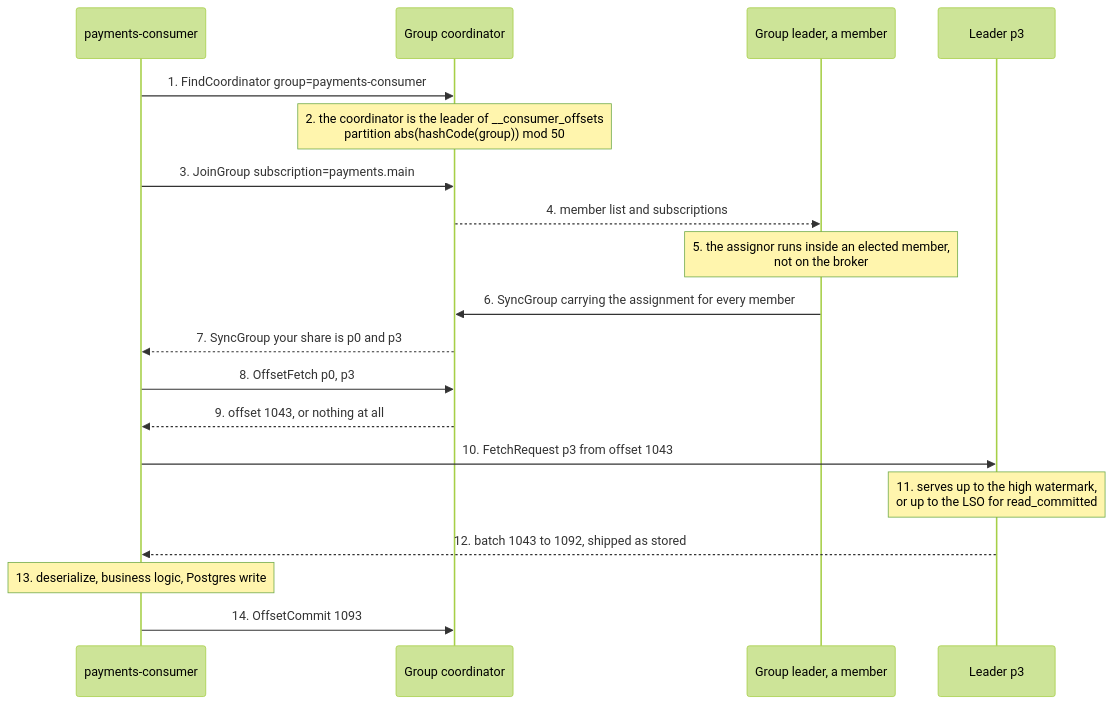
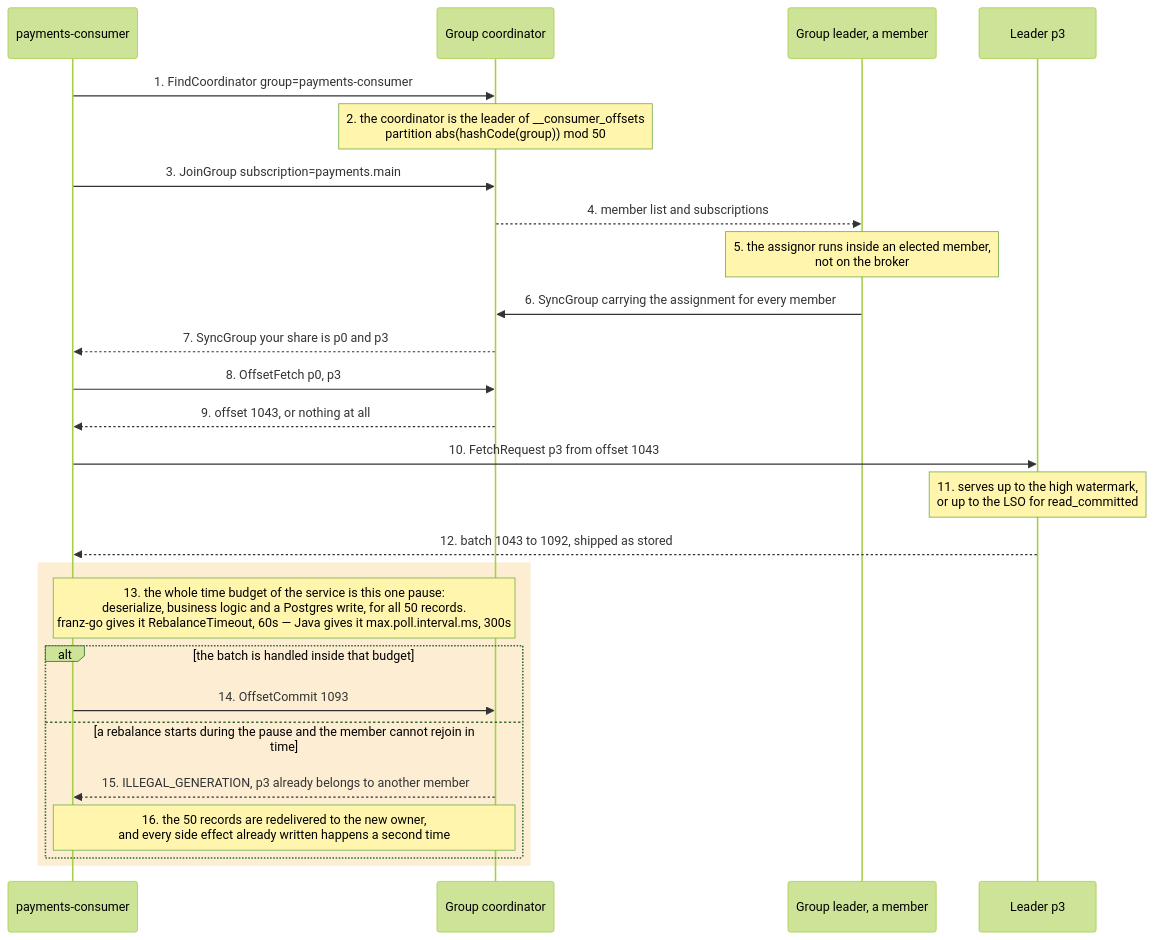
One commit to DmytroLysenko1/Kafka-lab changed the diagram in docs/static/03-read-path.md. Above: the diagram before and after it, drawn with Mermaid (forest theme). The commit also changed other lines of this file and 10 other files, not shown here.

Commit message:
drew the boundary in every diagram instead of captioning it

````diff
--- a/docs/static/03-read-path.md
+++ b/docs/static/03-read-path.md
@@ -8,26 +8,34 @@
 ```mermaid
 sequenceDiagram
     participant C as payments-consumer
     participant CO as Group coordinator
     participant GL as Group leader, a member
     participant L as Leader p3
 
     C->>CO: 1. FindCoordinator group=payments-consumer
     Note over CO: 2. the coordinator is the leader of __consumer_offsets<br/>partition abs(hashCode(group)) mod 50
 
     C->>CO: 3. JoinGroup subscription=payments.main
     CO-->>GL: 4. member list and subscriptions
     Note over GL: 5. the assignor runs inside an elected member,<br/>not on the broker
     GL->>CO: 6. SyncGroup carrying the assignment for every member
     CO-->>C: 7. SyncGroup your share is p0 and p3
 
     C->>CO: 8. OffsetFetch p0, p3
     CO-->>C: 9. offset 1043, or nothing at all
 
     C->>L: 10. FetchRequest p3 from offset 1043
     Note over L: 11. serves up to the high watermark,<br/>or up to the LSO for read_committed
     L-->>C: 12. batch 1043 to 1092, shipped as stored
 
-    Note over C: 13. deserialize, business logic, Postgres write
-    C->>CO: 14. OffsetCommit 1093
+    rect rgba(245, 158, 11, 0.18)
+        Note over C,CO: 13. the whole time budget of the service is this one pause:<br/>deserialize, business logic and a Postgres write, for all 50 records.<br/>franz-go gives it RebalanceTimeout, 60s — Java gives it max.poll.interval.ms, 300s
+
+        alt the batch is handled inside that budget
+            C->>CO: 14. OffsetCommit 1093
+        else a rebalance starts during the pause and the member cannot rejoin in time
+            CO-->>C: 15. ILLEGAL_GENERATION, p3 already belongs to another member
+            Note over C,CO: 16. the 50 records are redelivered to the new owner,<br/>and every side effect already written happens a second time
+        end
+    end
 ```
````
